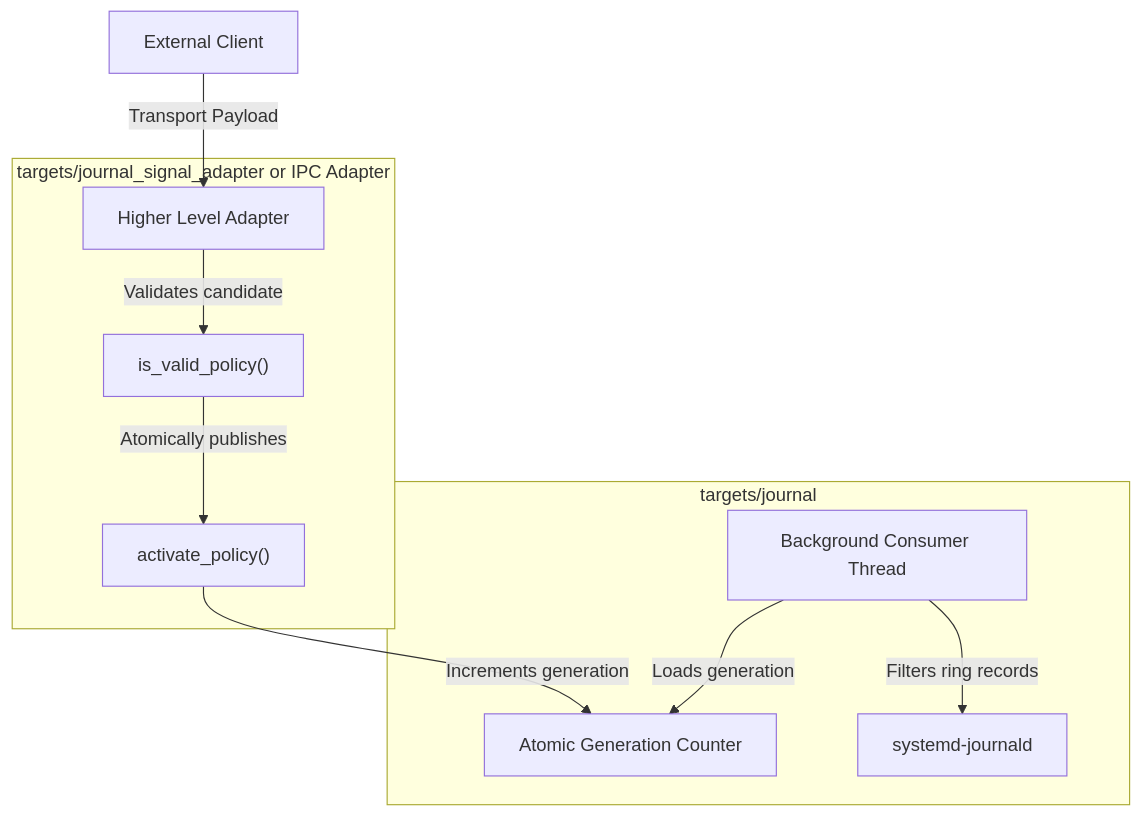
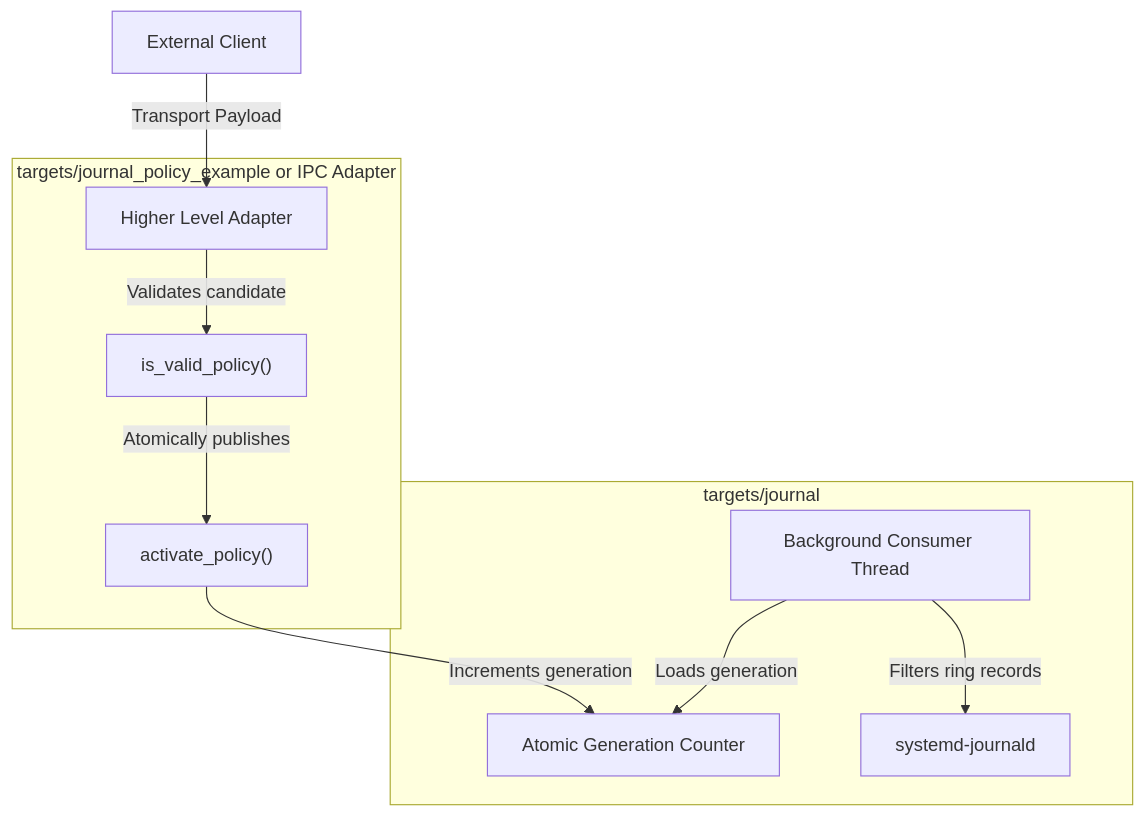
One commit to JeffKarling/Target_Layout_Extended changed the diagram in Documentation/journal_policy_example.md. Above: the diagram before and after it, drawn with Mermaid. The commit also changed other lines of this file and 8 other files, not shown here.

````diff
--- a/Documentation/journal_policy_example.md
+++ b/Documentation/journal_policy_example.md
@@ -15,13 +15,13 @@
 ```mermaid
 flowchart TD
     Client["External Client"] -->|"Transport Payload"| Adapter["Higher Level Adapter"]
-    subgraph AdapterTarget["targets/journal_signal_adapter or IPC Adapter"]
+    subgraph AdapterTarget["targets/journal_policy_example or IPC Adapter"]
         Adapter -->|"Validates candidate"| ValidPolicy["is_valid_policy()"]
         ValidPolicy -->|"Atomically publishes"| ActivatePolicy["activate_policy()"]
     end
     subgraph CoreJournal["targets/journal"]
         ActivatePolicy -->|"Increments generation"| AtomicGen["Atomic Generation Counter"]
         ConsumerThread["Background Consumer Thread"] -->|"Loads generation"| AtomicGen
         ConsumerThread -->|"Filters ring records"| JournaldSink["systemd-journald"]
     end
 ```
````
